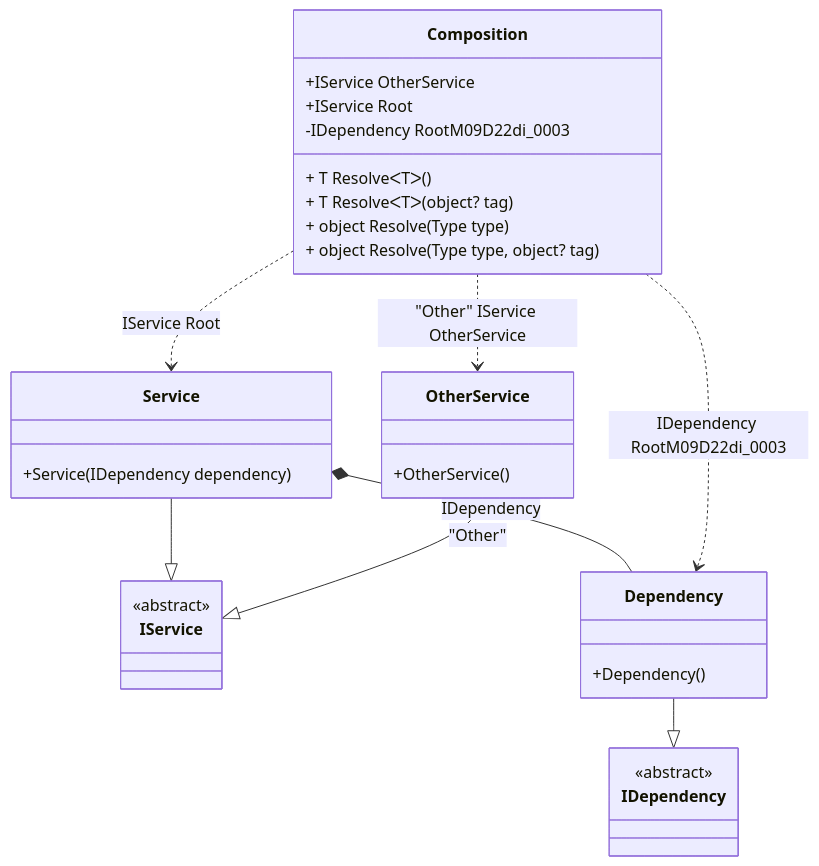
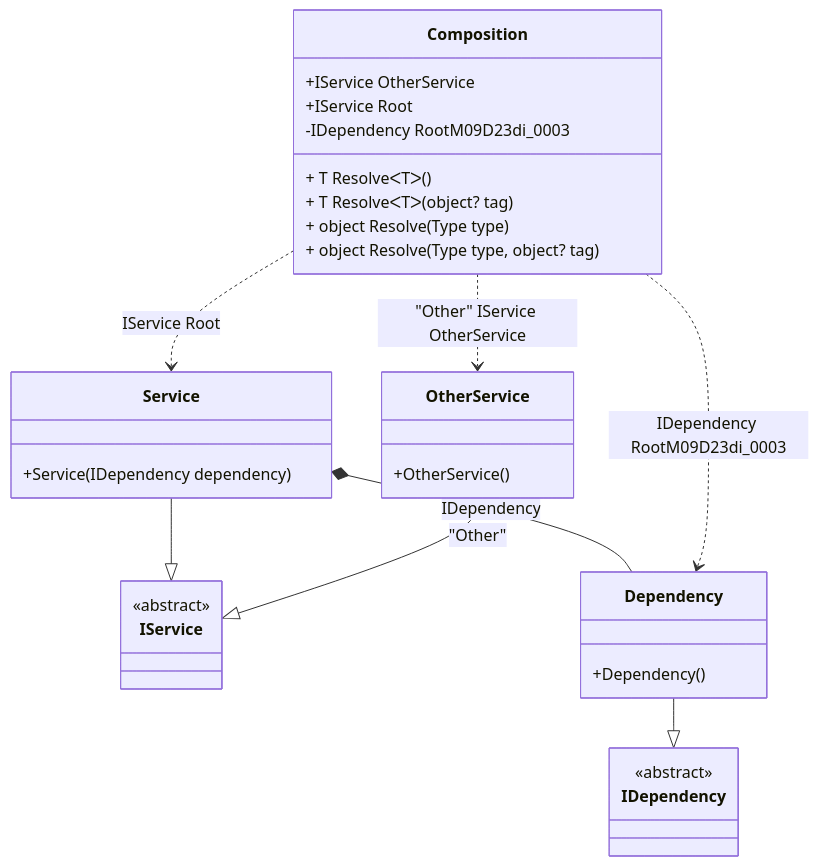
Before and after one commit to DevTeam/Pure.DI: the diagram in readme/composition-roots.md, drawn with Mermaid. The commit also changed other lines of this file and 71 other files, not shown here.

Commit message:
Optimization of flow-safety of object creation within the composition of objects

````diff
--- a/readme/composition-roots.md
+++ b/readme/composition-roots.md
@@ -45,34 +45,34 @@
 ```mermaid
 classDiagram
   class Composition {
     +IService OtherService
     +IService Root
-    -IDependency RootM09D22di_0003
+    -IDependency RootM09D23di_0003
     + T ResolveᐸTᐳ()
     + T ResolveᐸTᐳ(object? tag)
     + object Resolve(Type type)
     + object Resolve(Type type, object? tag)
   }
   Service --|> IService : 
   class Service {
     +Service(IDependency dependency)
   }
   OtherService --|> IService : "Other" 
   class OtherService {
     +OtherService()
   }
   Dependency --|> IDependency : 
   class Dependency {
     +Dependency()
   }
   class IService {
     <<abstract>>
   }
   class IDependency {
     <<abstract>>
   }
   Service *--  Dependency : IDependency
   Composition ..> Service : IService Root
   Composition ..> OtherService : "Other" IService OtherService
-  Composition ..> Dependency : IDependency RootM09D22di_0003
+  Composition ..> Dependency : IDependency RootM09D23di_0003
 ```
````
